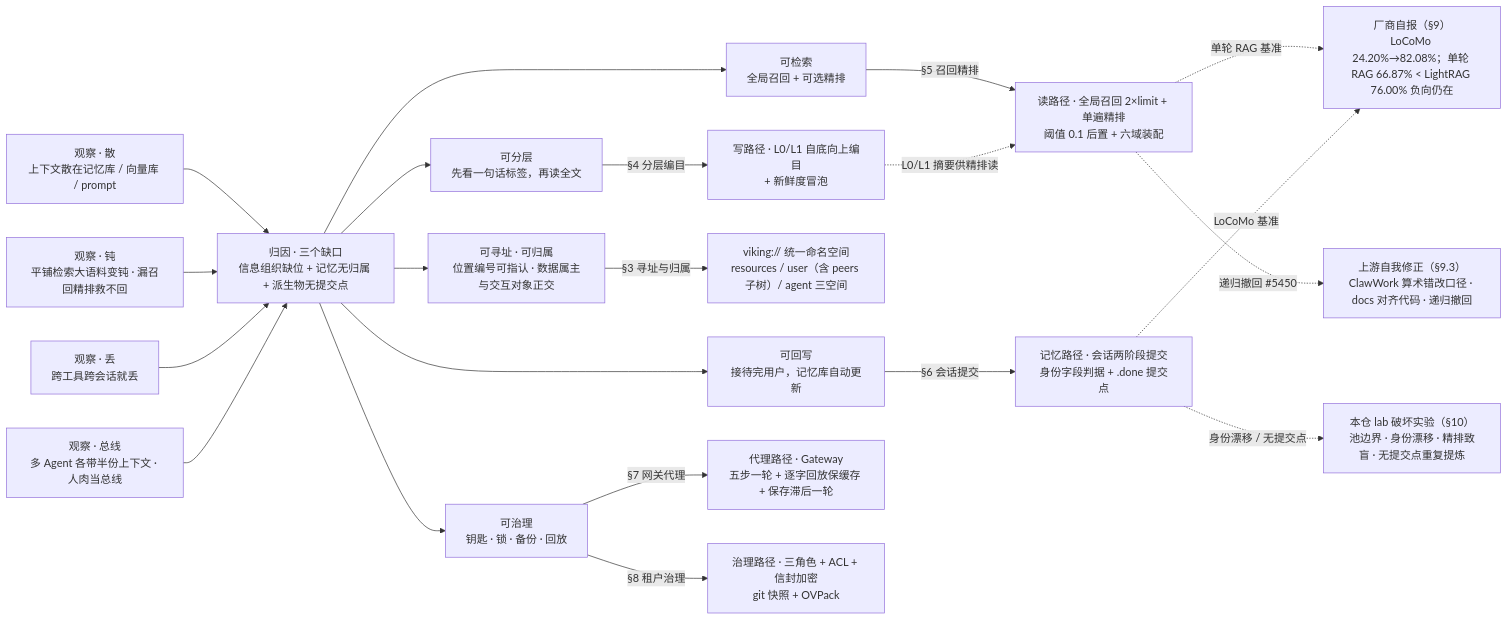
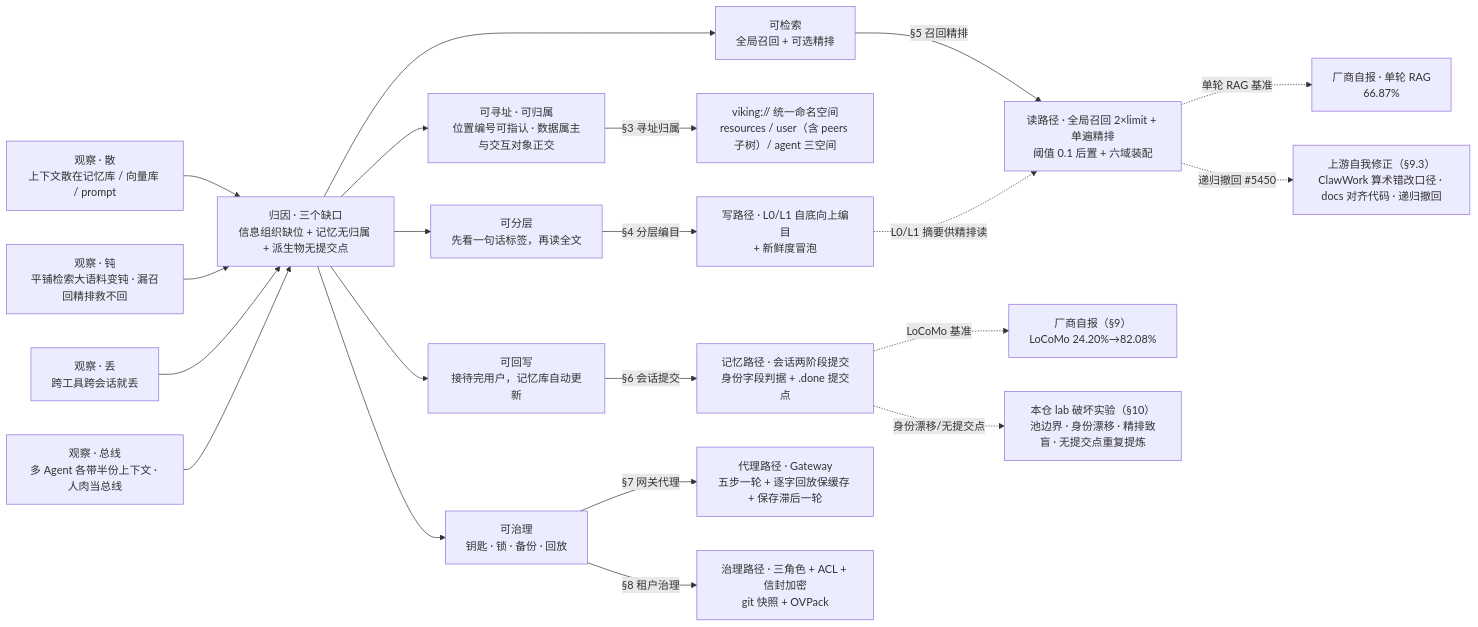
One commit to ThreeFish-AI/negentropy changed the diagram in docs/assets/mermaid/cognitive-context/openviking--causal-chain.mmd. Above: the diagram before and after it, drawn with Mermaid. The commit also changed 8 other files, not shown here.

First line of the commit message:
docs(OpenViking): 014 图 3 review 修复：结卡泳道计数、治理路径列位、标题阶段枚举与厂商自报负向数字上图;

```diff
--- a/docs/assets/mermaid/cognitive-context/openviking--causal-chain.mmd
+++ b/docs/assets/mermaid/cognitive-context/openviking--causal-chain.mmd
@@ -1,45 +1,46 @@
 %% source: docs/research/cognitive-context/014-openviking.md §2.2（图 3）
 %% slug: openviking--causal-chain
 %% type: workflow
 %% derived: docs/assets/architecture/cognitive-context/openviking--causal-chain.html
 %% note: 列=因果五阶段（观察/归因/规格/机制/证据），泳道=机制谱系；可寻址与可归属同落 §3 树故合并一节点；lab 检索实验（精排致盲/池边界）属读路径，由证据节点文案承载（K2,2 平面性取舍不加独立边）
 flowchart LR
   OBS_S["观察 · 散<br/>上下文散在记忆库 / 向量库 / prompt"]
   OBS_F["观察 · 钝<br/>平铺检索大语料变钝 · 漏召回精排救不回"]
   OBS_L["观察 · 丢<br/>跨工具跨会话就丢"]
   OBS_B["观察 · 总线<br/>多 Agent 各带半份上下文 · 人肉当总线"]
   ATTR["归因 · 三个缺口<br/>信息组织缺位 + 记忆无归属 + 派生物无提交点"]
   SAO["可寻址 · 可归属<br/>位置编号可指认 · 数据属主与交互对象正交"]
   SL["可分层<br/>先看一句话标签，再读全文"]
   SS["可检索<br/>全局召回 + 可选精排"]
   SW["可回写<br/>接待完用户，记忆库自动更新"]
   SG["可治理<br/>钥匙 · 锁 · 备份 · 回放"]
   TREE["viking:// 统一命名空间<br/>resources / user（含 peers 子树）/ agent 三空间"]
   W["写路径 · L0/L1 自底向上编目<br/>+ 新鲜度冒泡"]
   R["读路径 · 全局召回 2×limit + 单遍精排<br/>阈值 0.1 后置 + 六域装配"]
   M["记忆路径 · 会话两阶段提交<br/>身份字段判据 + .done 提交点"]
   G["代理路径 · Gateway<br/>五步一轮 + 逐字回放保缓存 + 保存滞后一轮"]
   V["治理路径 · 三角色 + ACL + 信封加密<br/>git 快照 + OVPack"]
-  EV1["厂商自报（§9）<br/>LoCoMo 24.20%→82.08%；单轮 RAG 66.87% < LightRAG 76.00% 负向仍在"]
+  EV1["厂商自报（§9）<br/>LoCoMo 24.20%→82.08%"]
+  EV_R["厂商自报 · 单轮 RAG<br/>66.87%<LightRAG 76.00% 负向仍在"]
   EV2["上游自我修正（§9.3）<br/>ClawWork 算术错改口径 · docs 对齐代码 · 递归撤回"]
   EV3["本仓 lab 破坏实验（§10）<br/>池边界 · 身份漂移 · 精排致盲 · 无提交点重复提炼"]
   OBS_S --> ATTR
   OBS_F --> ATTR
   OBS_L --> ATTR
   OBS_B --> ATTR
   ATTR --> SAO
   ATTR --> SL
   ATTR --> SS
   ATTR --> SW
   ATTR --> SG
-  SAO -- "§3 寻址与归属" --> TREE
+  SAO -- "§3 寻址归属" --> TREE
   SL -- "§4 分层编目" --> W
   SS -- "§5 召回精排" --> R
   SW -- "§6 会话提交" --> M
   SG -- "§7 网关代理" --> G
   SG -- "§8 租户治理" --> V
   W -. "L0/L1 摘要供精排读" .-> R
-  R -. "单轮 RAG 基准" .-> EV1
+  R -. "单轮 RAG 基准" .-> EV_R
   R -. "递归撤回 #5450" .-> EV2
   M -. "LoCoMo 基准" .-> EV1
-  M -. "身份漂移 / 无提交点" .-> EV3
+  M -. "身份漂移/无提交点" .-> EV3
```
